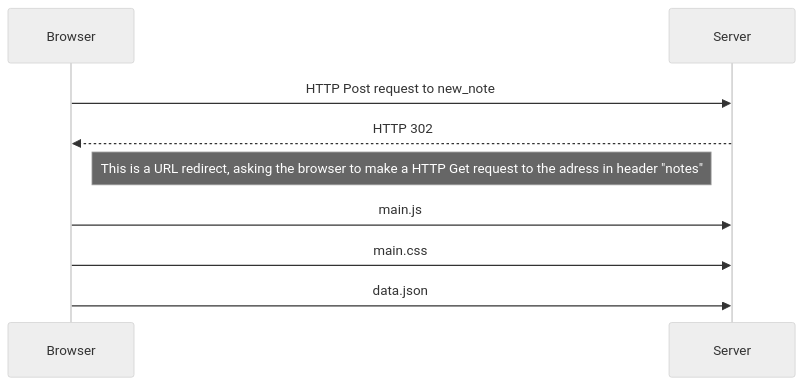
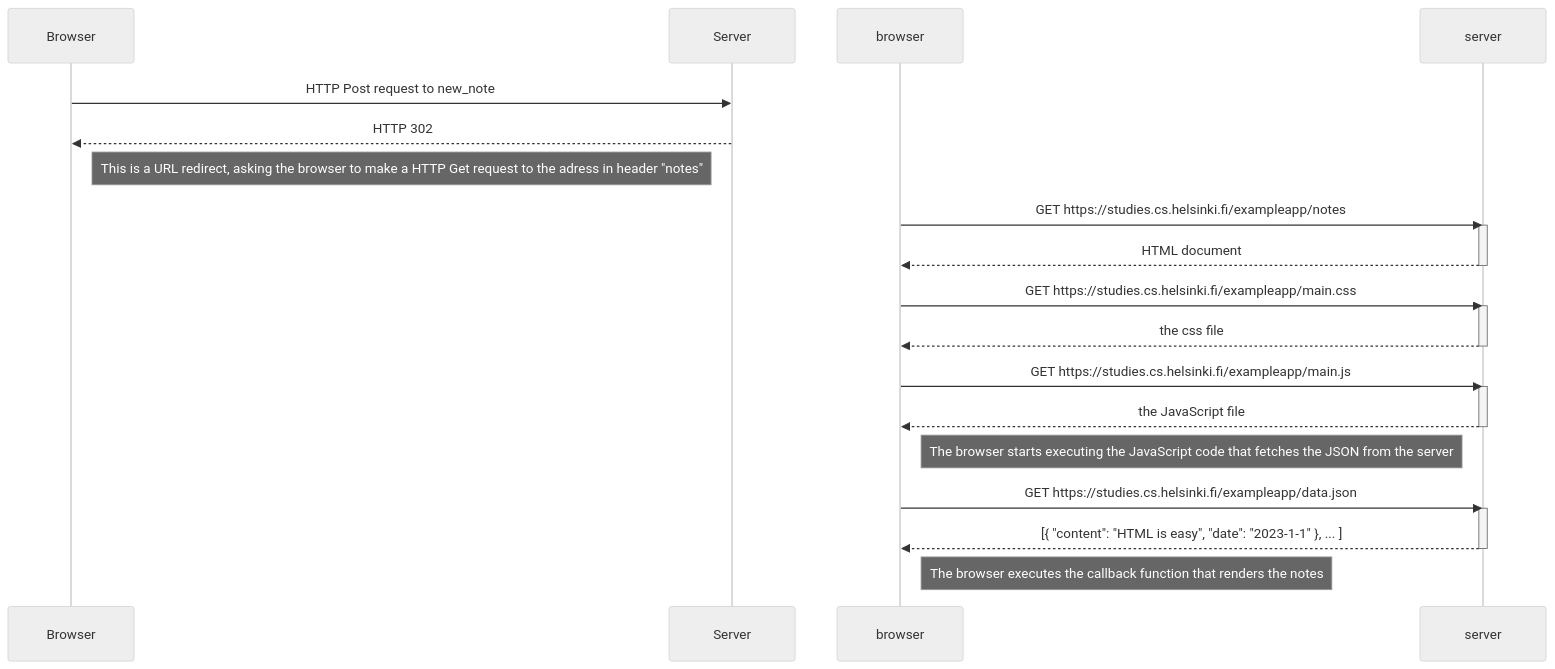
Before and after one commit to Bazax/FullstackSubmissions: the diagram in part0/0.4:new note diagram.md, drawn with Mermaid (neutral theme).

Commit message:
Update 0.4:new note diagram.md

````diff
--- a/part0/0.4:new note diagram.md
+++ b/part0/0.4:new note diagram.md
@@ -2,10 +2,32 @@
 ```mermaid
 sequenceDiagram
     Browser->>Server: HTTP Post request to new_note
     Server-->>Browser: HTTP 302
     Note right of Browser: This is a URL redirect, asking the browser to make a HTTP Get request to the adress in header "notes"
-    Browser->>Server: main.js
-    Browser->>Server: main.css
-    Browser->>Server: data.json
+
+    browser->>server: GET https://studies.cs.helsinki.fi/exampleapp/notes
+    activate server
+    server-->>browser: HTML document
+    deactivate server
+
+    browser->>server: GET https://studies.cs.helsinki.fi/exampleapp/main.css
+    activate server
+    server-->>browser: the css file
+    deactivate server
+
+    browser->>server: GET https://studies.cs.helsinki.fi/exampleapp/main.js
+    activate server
+    server-->>browser: the JavaScript file
+    deactivate server
+
+    Note right of browser: The browser starts executing the JavaScript code that fetches the JSON from the server
+
+    browser->>server: GET https://studies.cs.helsinki.fi/exampleapp/data.json
+    activate server
+    server-->>browser: [{ "content": "HTML is easy", "date": "2023-1-1" }, ... ]
+    deactivate server
+
+    Note right of browser: The browser executes the callback function that renders the notes
+
 
 ```
````
